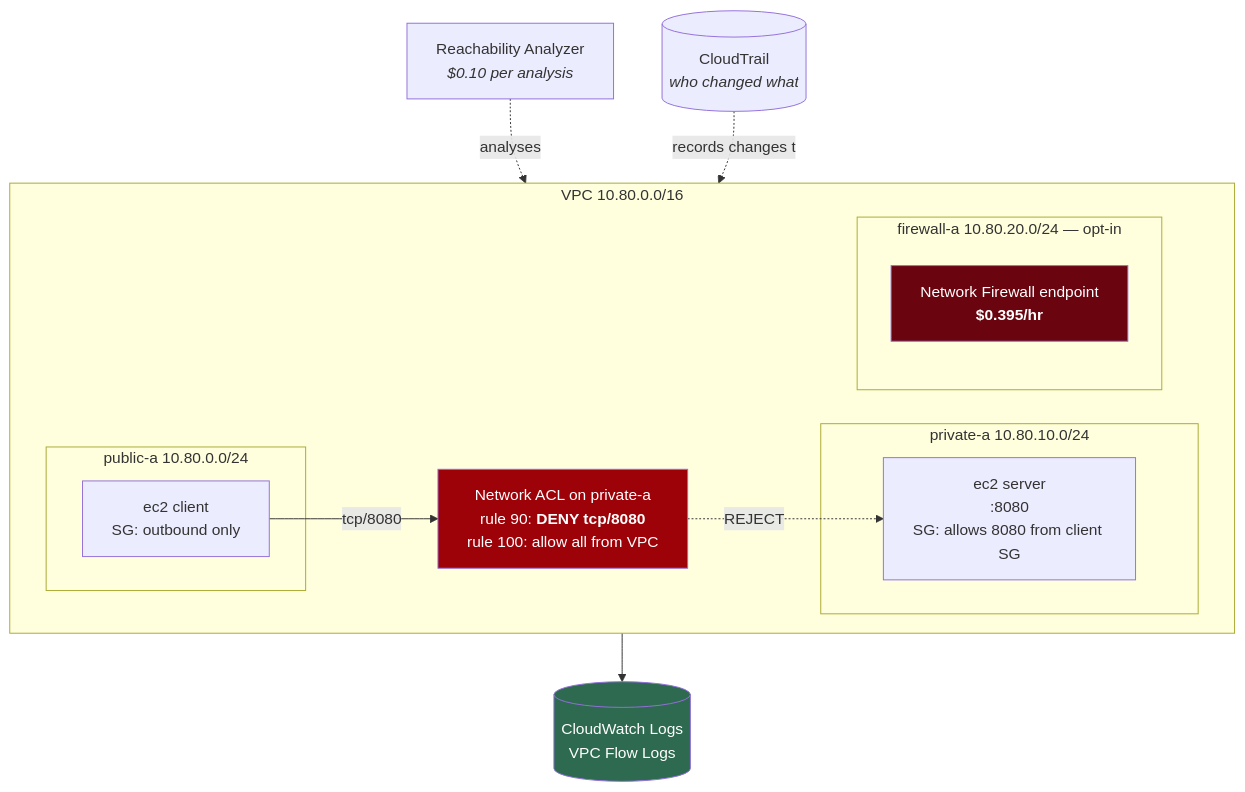
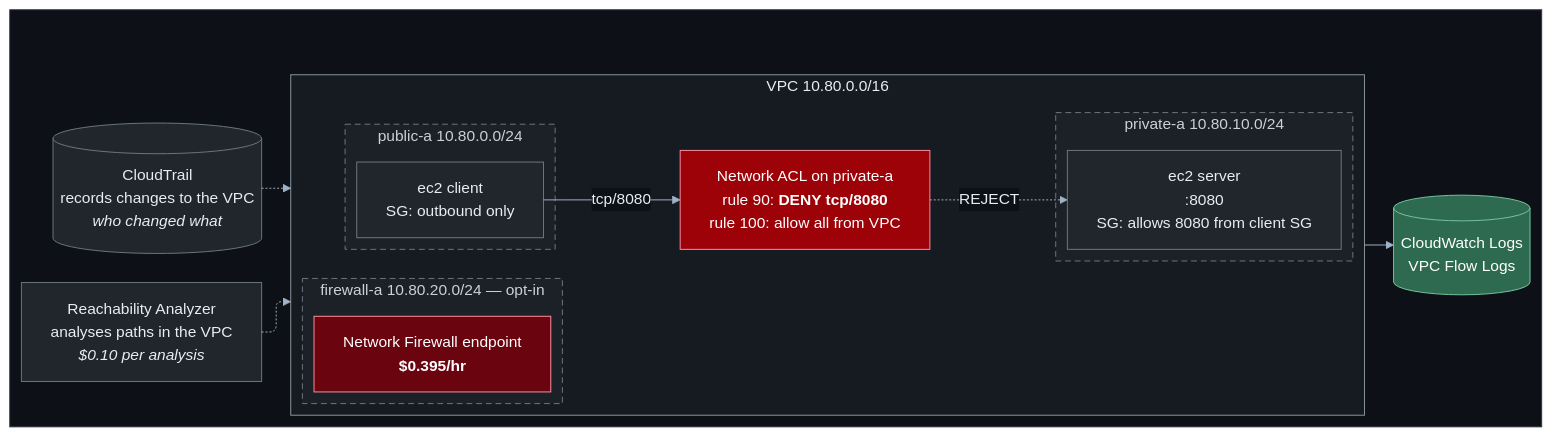
Before and after one commit to HuyNguyen260398/aws-network-architecture: the diagram in labs/08-security-and-observability/README.md, drawn with Mermaid. The commit also changed 13 other files, not shown here.

First line of the commit message:
docs(diagrams): restyle all Mermaid diagrams for dark mode and orthogonal lines

````diff
--- a/labs/08-security-and-observability/README.md
+++ b/labs/08-security-and-observability/README.md
@@ -35,29 +35,59 @@
 ```mermaid
-graph TB
-    subgraph VPC["VPC 10.80.0.0/16"]
-        subgraph PUB["public-a 10.80.0.0/24"]
-            CLIENT["ec2 client<br/>SG: outbound only"]
+---
+config:
+  layout: elk
+  theme: base
+  themeVariables:
+    lineColor: "#9fb3c8"
+    textColor: "#e6edf3"
+    primaryColor: "#21262d"
+    primaryTextColor: "#e6edf3"
+    primaryBorderColor: "#6e7681"
+    edgeLabelBackground: "#0d1117"
+    clusterBkg: "#161b22"
+    clusterBorder: "#6e7681"
+    titleColor: "#e6edf3"
+  flowchart:
+    curve: rounded
+    wrappingWidth: 420
+---
+flowchart LR
+    subgraph CANVAS[" "]
+        subgraph VPC["VPC 10.80.0.0/16"]
+            subgraph PUB["public-a 10.80.0.0/24"]
+                CLIENT["ec2 client<br/>SG: outbound only"]
+            end
+            subgraph PRIV["private-a 10.80.10.0/24"]
+                SERVER["ec2 server<br/>:8080<br/>SG: allows 8080 from client SG"]
+            end
+            subgraph FW["firewall-a 10.80.20.0/24 — opt-in"]
+                NFW["Network Firewall endpoint<br/><b>$0.395/hr</b>"]
+            end
+            NACL["Network ACL on private-a<br/>rule 90: <b>DENY tcp/8080</b><br/>rule 100: allow all from VPC"]
         end
-        subgraph PRIV["private-a 10.80.10.0/24"]
-            SERVER["ec2 server<br/>:8080<br/>SG: allows 8080 from client SG"]
-        end
-        subgraph FW["firewall-a 10.80.20.0/24 — opt-in"]
-            NFW["Network Firewall endpoint<br/><b>$0.395/hr</b>"]
-        end
-        NACL["Network ACL on private-a<br/>rule 90: <b>DENY tcp/8080</b><br/>rule 100: allow all from VPC"]
+
+        FL[("CloudWatch Logs<br/>VPC Flow Logs")]
+        RA["Reachability Analyzer<br/>analyses paths in the VPC<br/><i>$0.10 per analysis</i>"]
+        CT[("CloudTrail<br/>records changes to the VPC<br/><i>who changed what</i>")]
     end
-
-    FL[("CloudWatch Logs<br/>VPC Flow Logs")]
-    RA["Reachability Analyzer<br/><i>$0.10 per analysis</i>"]
-    CT[("CloudTrail<br/><i>who changed what</i>")]
 
     CLIENT -->|"tcp/8080"| NACL
     NACL -.->|"REJECT"| SERVER
     VPC --> FL
-    RA -.analyses.-> VPC
-    CT -.records changes to.-> VPC
+    RA -.-> VPC
+    CT -.-> VPC
 
-    style NACL fill:#9d0208,color:#fff
-    style NFW fill:#6a040f,color:#fff
-    style FL fill:#2d6a4f,color:#fff
+    classDef canvas fill:#0d1117,stroke:#30363d,color:#e6edf3
+    classDef vpc fill:#161b22,stroke:#8b949e,color:#e6edf3
+    classDef az fill:#1c2128,stroke:#6e7681,color:#c9d1d9,stroke-dasharray:6 4
+    classDef free fill:#2d6a4f,stroke:#74c69d,color:#fff
+    classDef billed fill:#9d0208,stroke:#ff8fa3,color:#fff
+    classDef costly fill:#6a040f,stroke:#ff8fa3,color:#fff
+
+    class CANVAS canvas
+    class VPC vpc
+    class PUB,PRIV,FW az
+    class FL free
+    class NACL billed
+    class NFW costly
 ```
````
